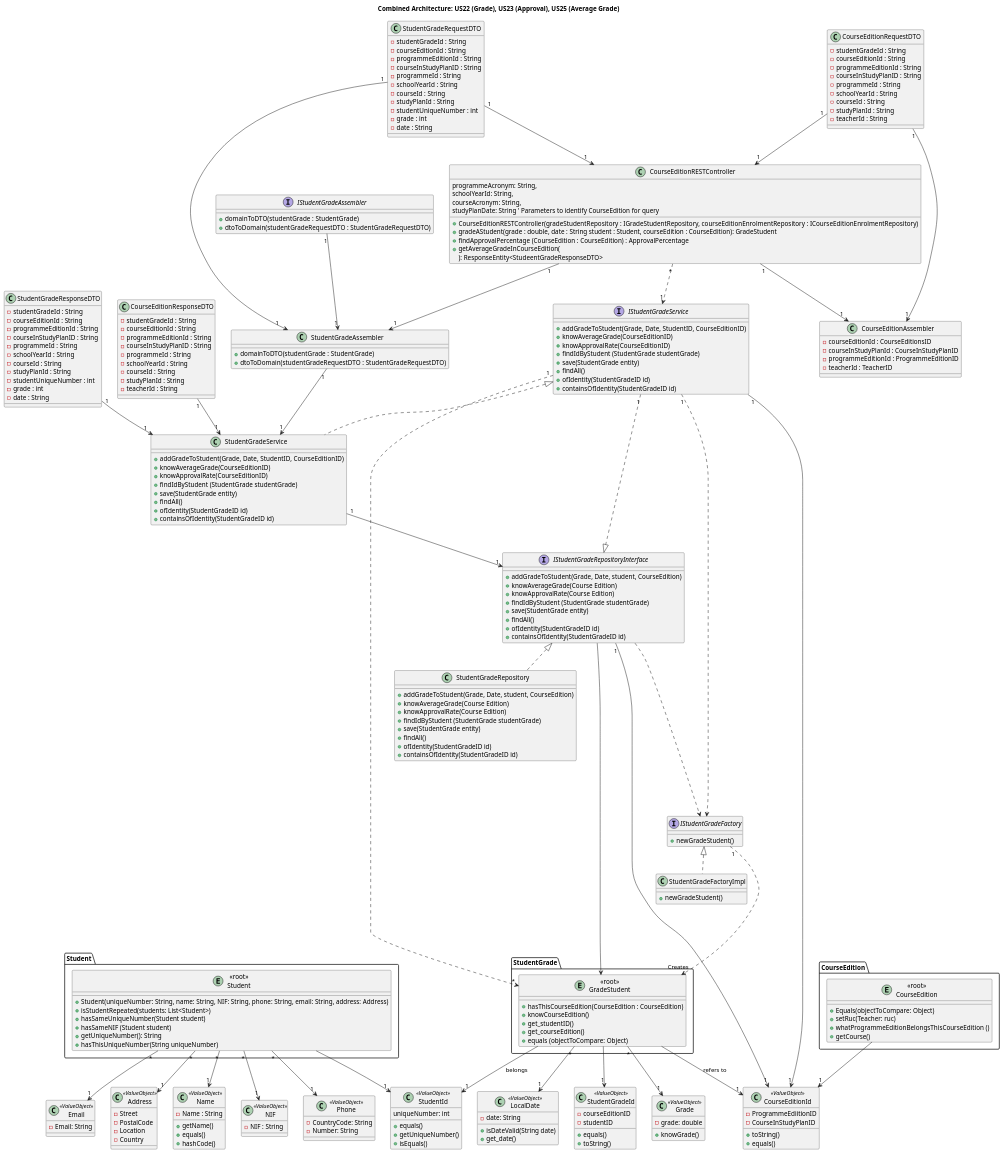
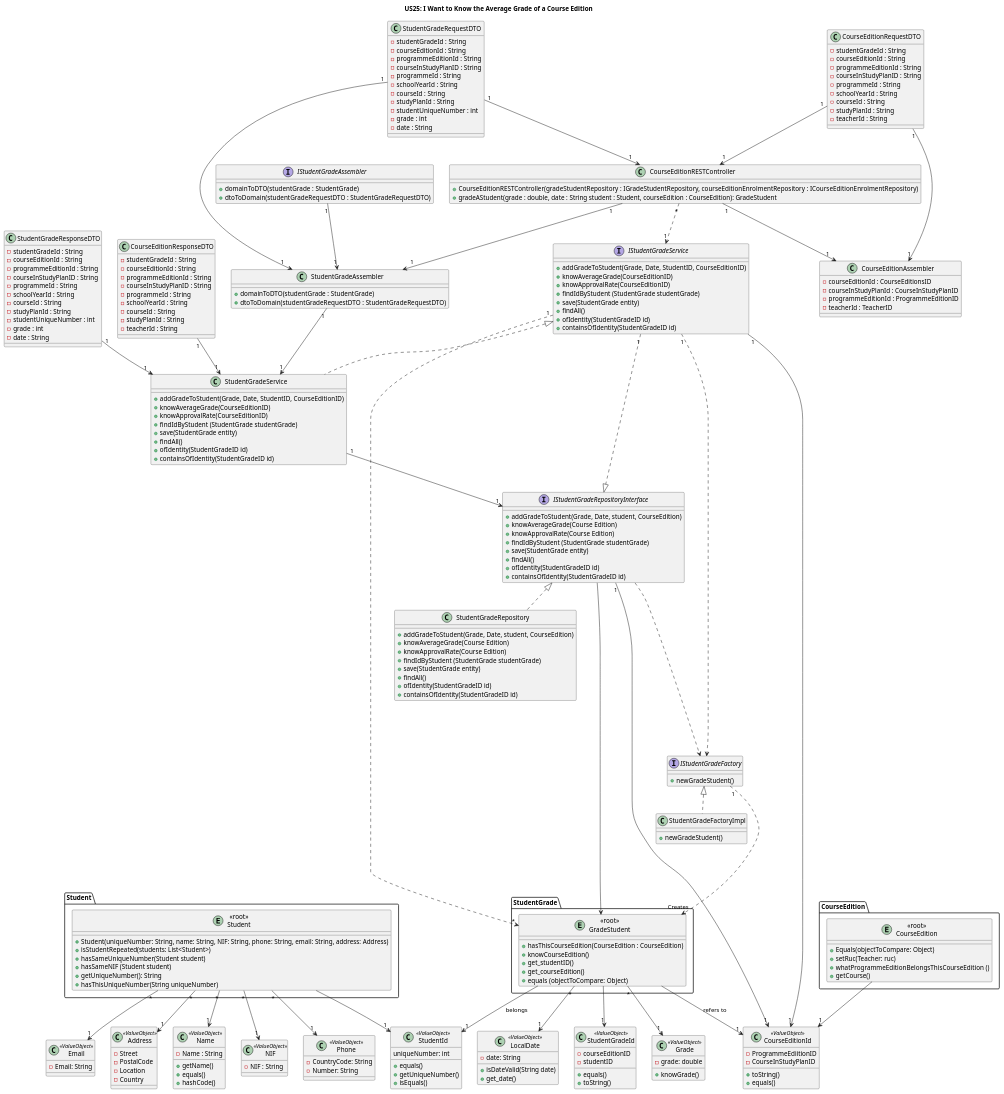
The diagram in docs/US25/REST_API/US25_ClassDiagram_REST_API.puml (GasparISEP/DevOps-PAI), drawn with PlantUML before and after one commit.

Commit message:
Updated US25_ClassDiagram_REST_API with correct methods. Refs #579

```diff
--- a/docs/US25/REST_API/US25_ClassDiagram_REST_API.puml
+++ b/docs/US25/REST_API/US25_ClassDiagram_REST_API.puml
@@ -1,18 +1,11 @@
 @startuml
-title Combined Architecture: US22 (Grade), US23 (Approval), US25 (Average Grade)
+title US25: I Want to Know the Average Grade of a Course Edition
 'left to right direction
 
 ' --- Controller Layer ---
 class CourseEditionRESTController {
     +CourseEditionRESTController(gradeStudentRepository : IGradeStudentRepository, courseEditionEnrolmentRepository : ICourseEditionEnrolmentRepository)
     +gradeAStudent(grade : double, date : String student : Student, courseEdition : CourseEdition): GradeStudent
-    +findApprovalPercentage (CourseEdition : CourseEdition) : ApprovalPercentage
-    +getAverageGradeInCourseEdition(
-        programmeAcronym: String,
-        schoolYearId: String,
-        courseAcronym: String,
-        studyPlanDate: String ' Parameters to identify CourseEdition for query
-    ): ResponseEntity<StudeentGradeResponseDTO>
 }
 
 ' --- Application Service Layer ---
```
